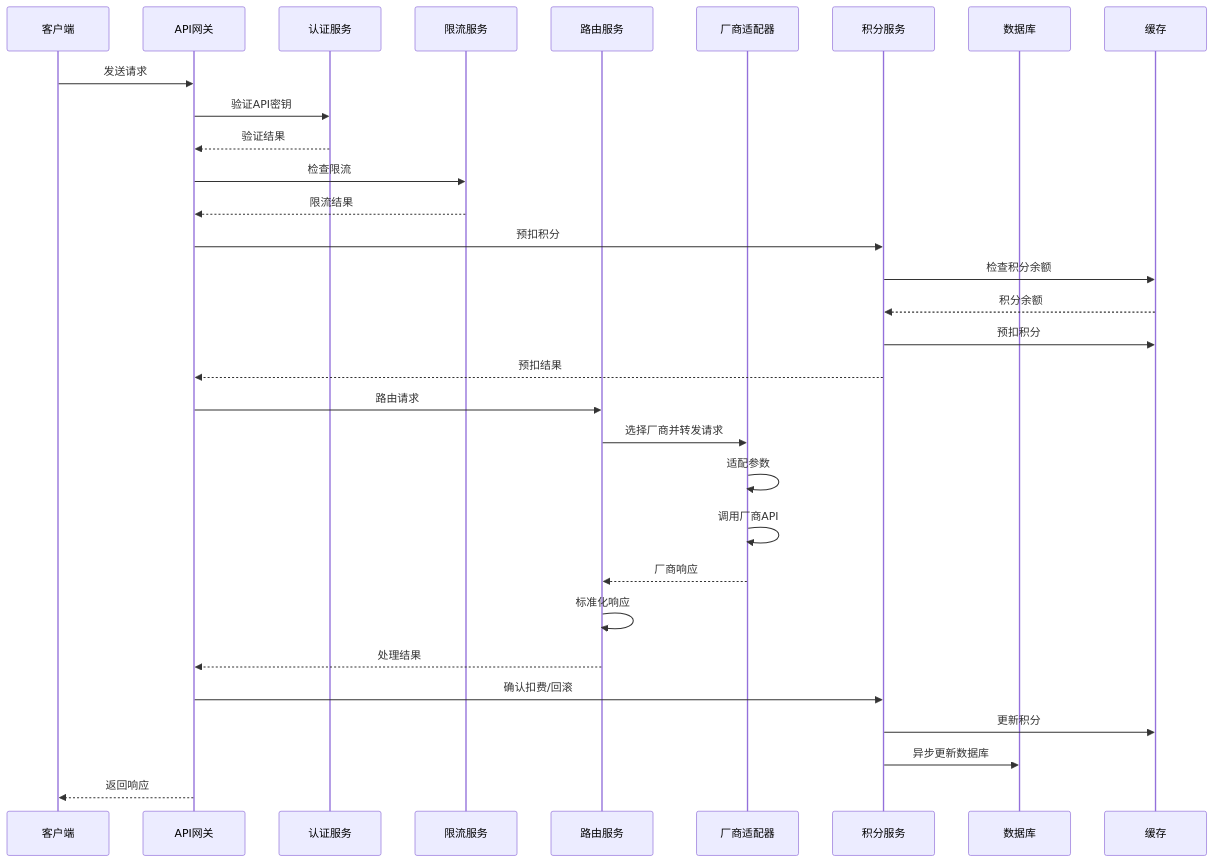
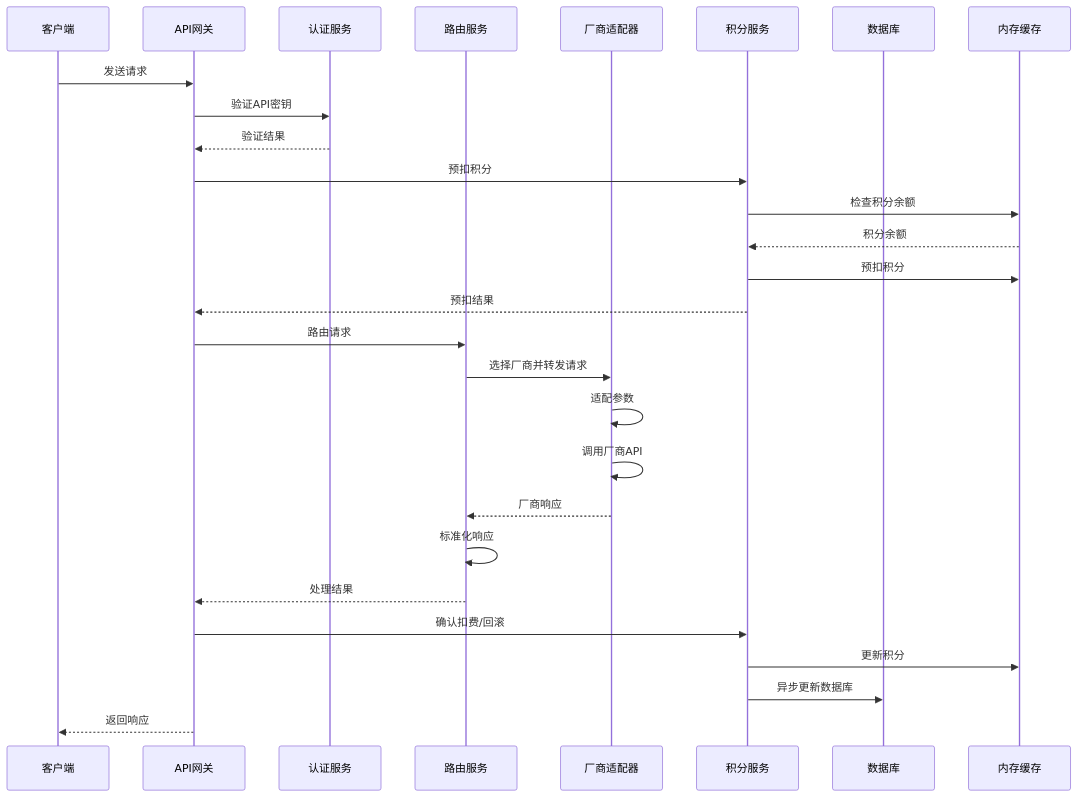
Before and after one commit to wang001/codingPlanShare: the second of 5 diagrams in tech-doc.md, drawn with Mermaid. The commit also changed other lines of this file and 16925 other files, not shown here.

````diff
--- a/tech-doc.md
+++ b/tech-doc.md
@@ -86,34 +86,31 @@
 ```mermaid
 sequenceDiagram
     participant Client as 客户端
     participant API as API网关
     participant Auth as 认证服务
-    participant RateLimit as 限流服务
     participant Router as 路由服务
     participant Provider as 厂商适配器
     participant Points as 积分服务
     participant DB as 数据库
-    participant Cache as 缓存
+    participant Cache as 内存缓存
 
     Client->>API: 发送请求
     API->>Auth: 验证API密钥
     Auth-->>API: 验证结果
-    API->>RateLimit: 检查限流
-    RateLimit-->>API: 限流结果
     API->>Points: 预扣积分
     Points->>Cache: 检查积分余额
     Cache-->>Points: 积分余额
     Points->>Cache: 预扣积分
     Points-->>API: 预扣结果
     API->>Router: 路由请求
     Router->>Provider: 选择厂商并转发请求
     Provider->>Provider: 适配参数
     Provider->>Provider: 调用厂商API
     Provider-->>Router: 厂商响应
     Router->>Router: 标准化响应
     Router-->>API: 处理结果
     API->>Points: 确认扣费/回滚
     Points->>Cache: 更新积分
     Points->>DB: 异步更新数据库
     API-->>Client: 返回响应
 ```
````
